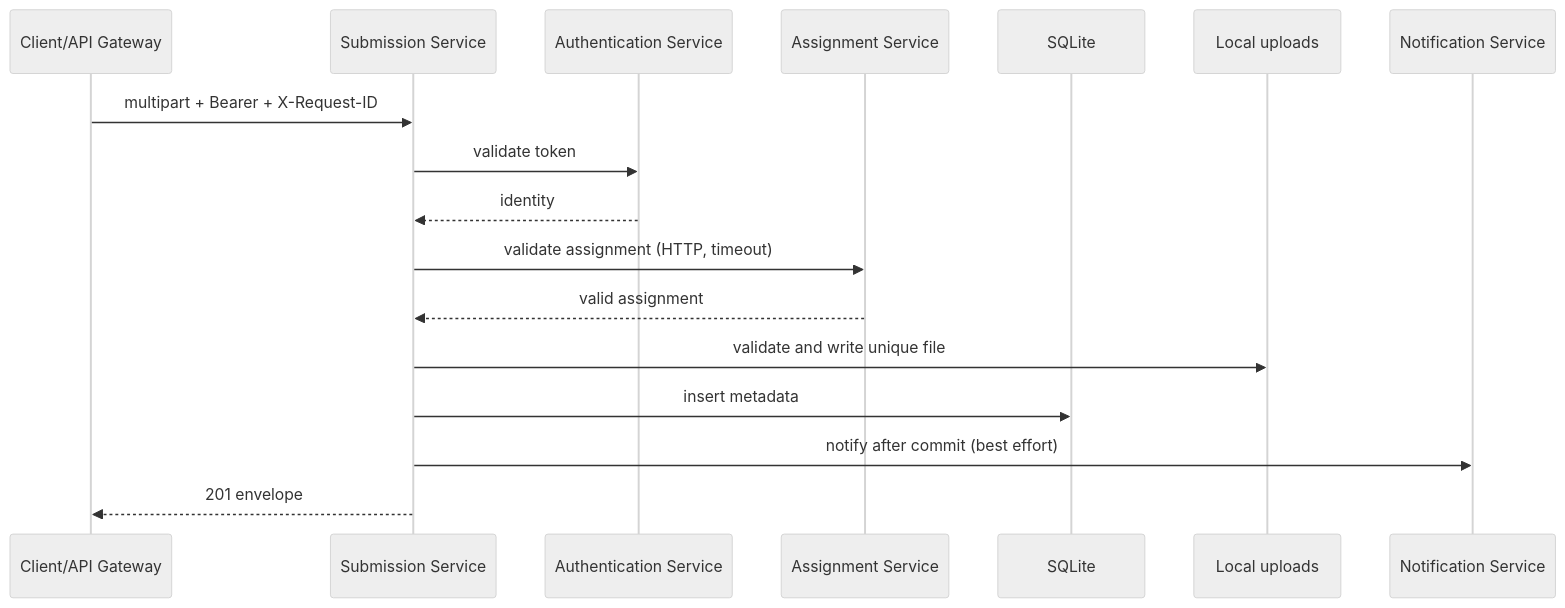
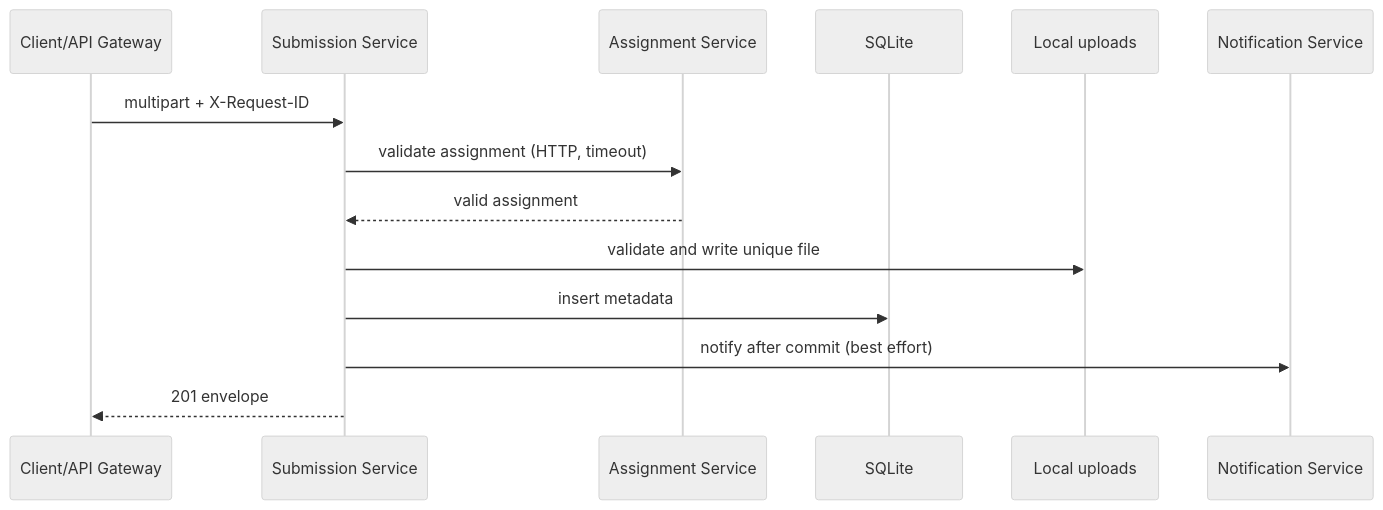
Before and after one commit to rustihayu-hub/Mini_Lms: the diagram in submission-service/API_CONTRACT.md, drawn with Mermaid (neutral theme). The commit also changed other lines of this file and 23 other files, not shown here.

Commit message:
Remove authentication requirements from service integration

````diff
--- a/submission-service/API_CONTRACT.md
+++ b/submission-service/API_CONTRACT.md
@@ -73,19 +72,16 @@
 ```mermaid
 sequenceDiagram
     participant C as Client/API Gateway
     participant S as Submission Service
-    participant A as Authentication Service
     participant D as Assignment Service
     participant DB as SQLite
     participant FS as Local uploads
     participant N as Notification Service
-    C->>S: multipart + Bearer + X-Request-ID
-    S->>A: validate token
-    A-->>S: identity
+    C->>S: multipart + X-Request-ID
     S->>D: validate assignment (HTTP, timeout)
     D-->>S: valid assignment
     S->>FS: validate and write unique file
     S->>DB: insert metadata
     S->>N: notify after commit (best effort)
     S-->>C: 201 envelope
 ```
````
